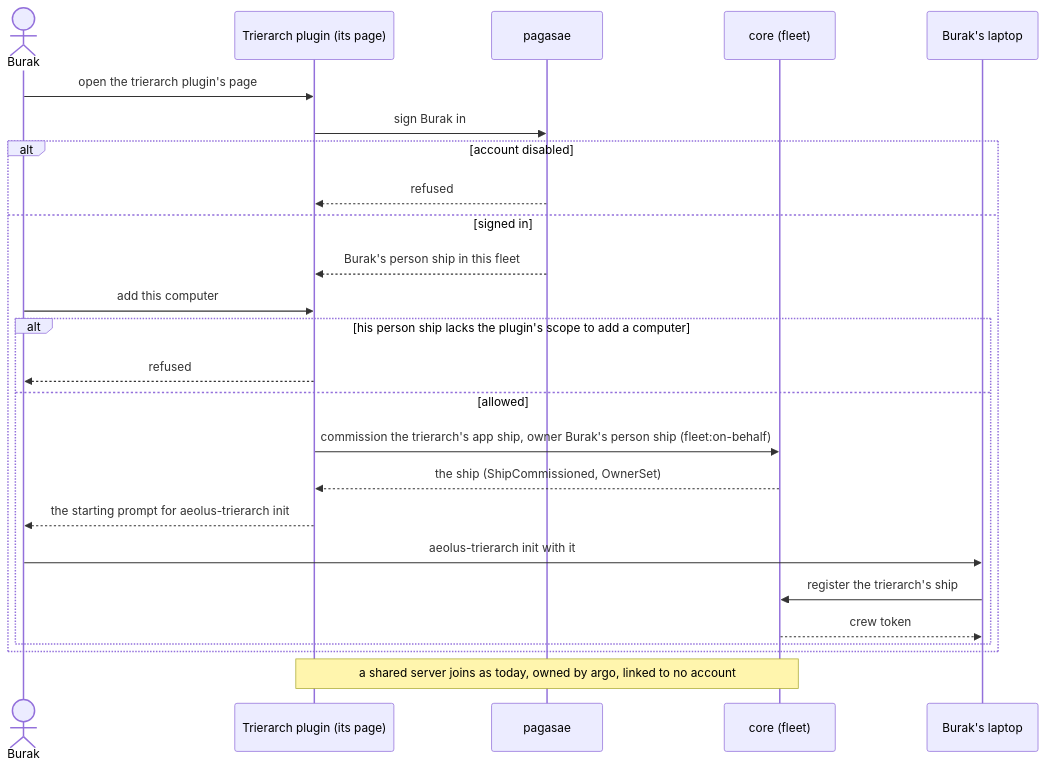
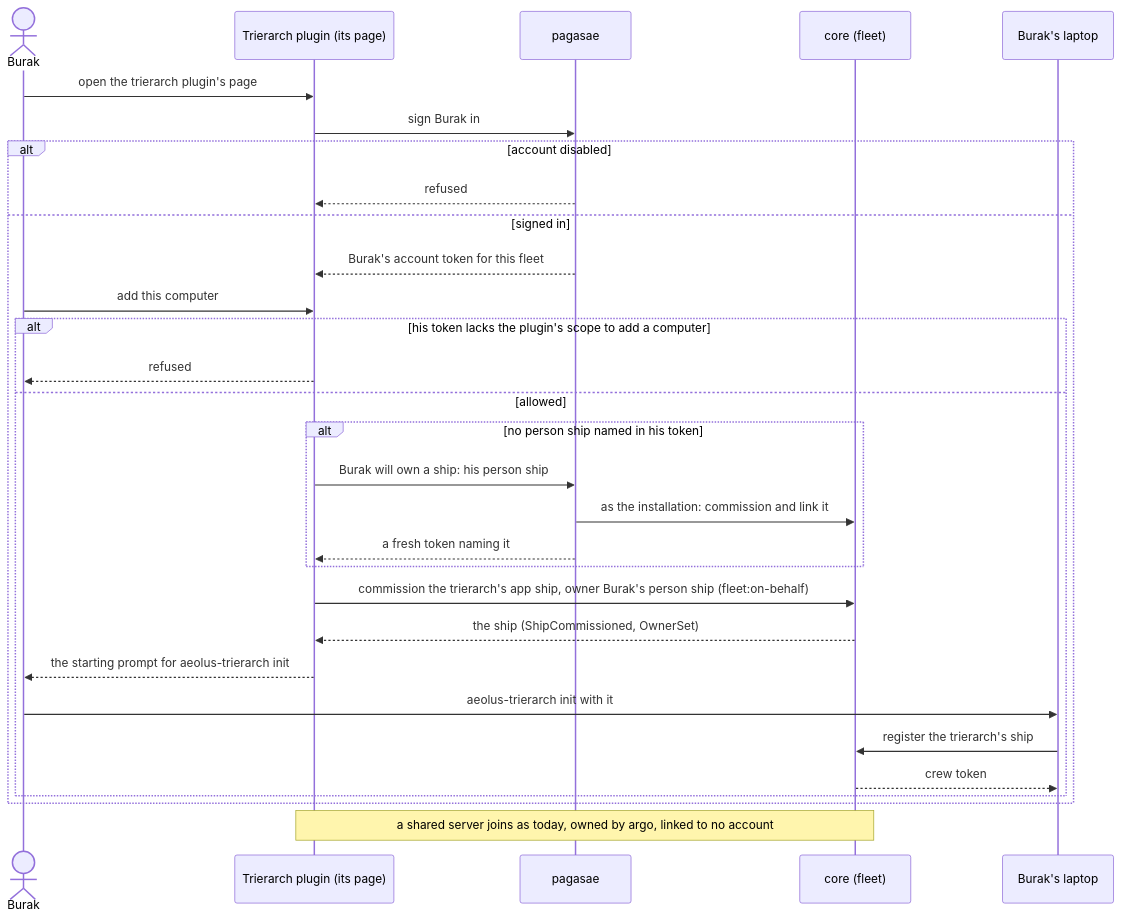
The seventh of 11 diagrams in docs/design/accounts/phase-2/flows.md (ThomasHendrickx/aeolus-fleet), drawn with Mermaid before and after one commit. The commit also changed other lines of this file, not shown here.

First line of the commit message:
docs(design): accounts phase 2 flows on the actor model, F11 the account token

````diff
--- a/docs/design/accounts/phase-2/flows.md
+++ b/docs/design/accounts/phase-2/flows.md
@@ -238,27 +243,32 @@
 ```mermaid
 sequenceDiagram
   actor B as Burak
   participant TP as Trierarch plugin (its page)
   participant P as pagasae
   participant C as core (fleet)
   participant L as Burak's laptop
   B->>TP: open the trierarch plugin's page
   TP->>P: sign Burak in
   alt account disabled
     P-->>TP: refused
   else signed in
-    P-->>TP: Burak's person ship in this fleet
+    P-->>TP: Burak's account token for this fleet
     B->>TP: add this computer
-    alt his person ship lacks the plugin's scope to add a computer
+    alt his token lacks the plugin's scope to add a computer
       TP-->>B: refused
     else allowed
+      alt no person ship named in his token
+        TP->>P: Burak will own a ship: his person ship
+        P->>C: as the installation: commission and link it
+        P-->>TP: a fresh token naming it
+      end
       TP->>C: commission the trierarch's app ship, owner Burak's person ship (fleet:on-behalf)
       C-->>TP: the ship (ShipCommissioned, OwnerSet)
       TP-->>B: the starting prompt for aeolus-trierarch init
       B->>L: aeolus-trierarch init with it
       L->>C: register the trierarch's ship
       C-->>L: crew token
     end
   end
   Note over TP,C: a shared server joins as today, owned by argo, linked to no account
 ```
````
